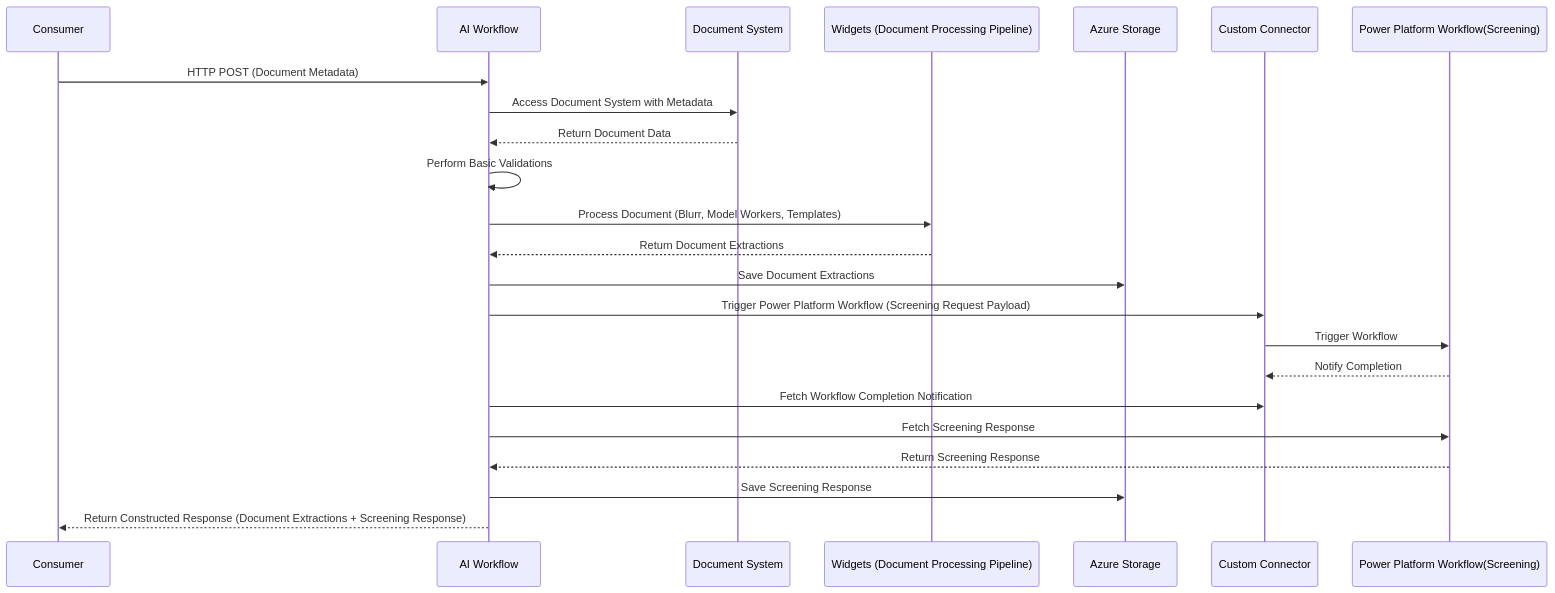
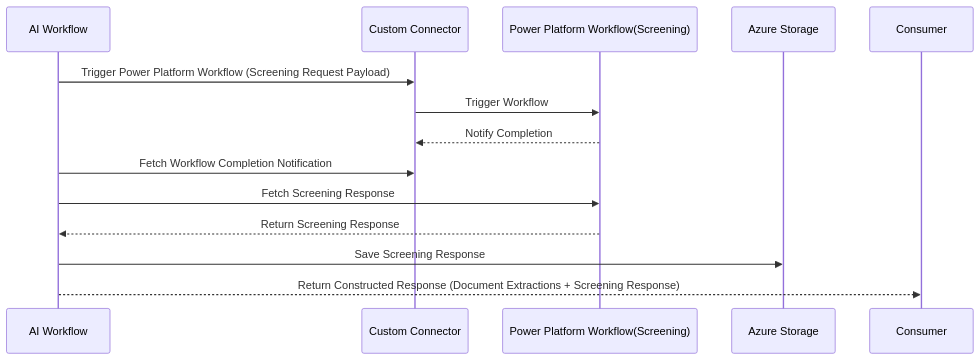
The second of 2 diagrams in Sequence Diagram/Sequence Diagram_AIWorkflow_PPWorkflow(Screening).md (sakthivel-arumugam/LowCode-NoCode-Integration), drawn with Mermaid before and after one commit. The commit also changed other lines of this file, not shown here.

Commit message:
split the sequence

````diff
--- a/Sequence Diagram/Sequence Diagram_AIWorkflow_PPWorkflow(Screening).md
+++ b/Sequence Diagram/Sequence Diagram_AIWorkflow_PPWorkflow(Screening).md
@@ -3,26 +27,20 @@
 ```mermaid
 sequenceDiagram
-    participant CSM as Consumer
     participant AI as AI Workflow
-    participant DS as Document System
-    participant WDG as Widgets (Document Processing Pipeline)
-    participant AZ as Azure Storage
     participant CC as Custom Connector
     participant PP as Power Platform Workflow(Screening)
+    participant AZ as Azure Storage
+    participant CSM as Consumer
 
-    CSM->>AI: HTTP POST (Document Metadata)
-    AI->>DS: Access Document System with Metadata
-    DS-->>AI: Return Document Data
-    AI->>AI: Perform Basic Validations
-    AI->>WDG: Process Document (Blurr, Model Workers, Templates)
-    WDG-->>AI: Return Document Extractions
-    AI->>AZ: Save Document Extractions
+    %% Power Platform workflow integration
     AI->>CC: Trigger Power Platform Workflow (Screening Request Payload)
     CC->>PP: Trigger Workflow
     PP-->>CC: Notify Completion
     AI->>CC: Fetch Workflow Completion Notification
     AI->>PP: Fetch Screening Response
     PP-->>AI: Return Screening Response
     AI->>AZ: Save Screening Response
+
+    %% Final response to Consumer
     AI-->>CSM: Return Constructed Response (Document Extractions + Screening Response)
 ```
````
